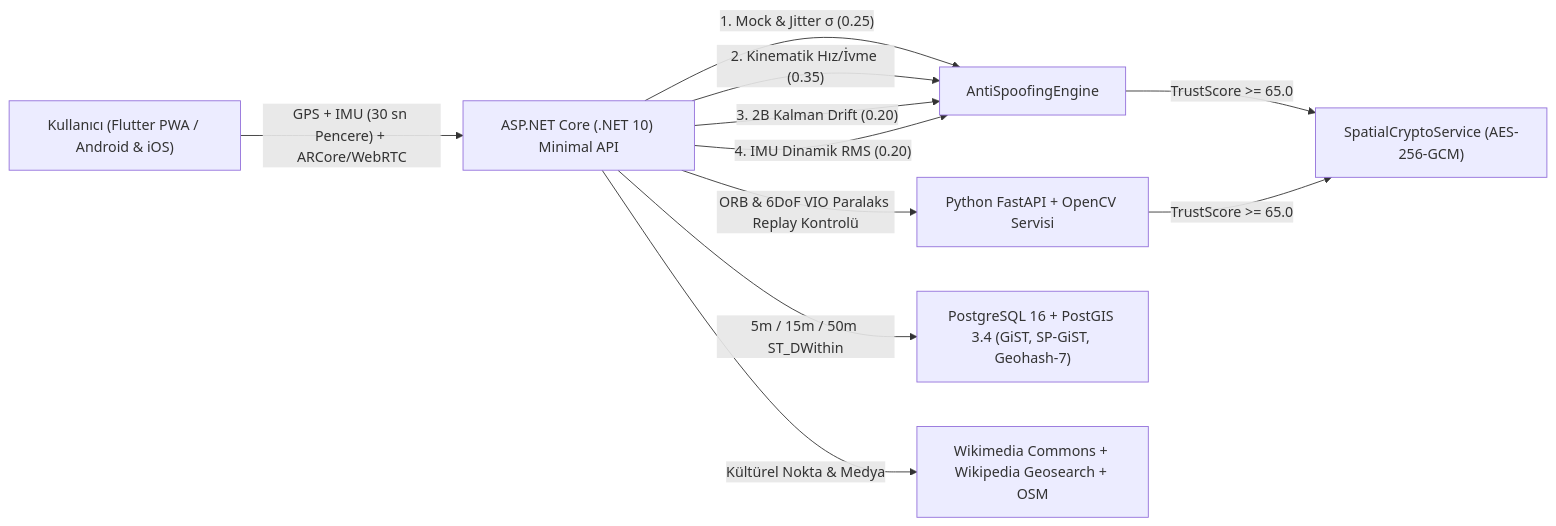
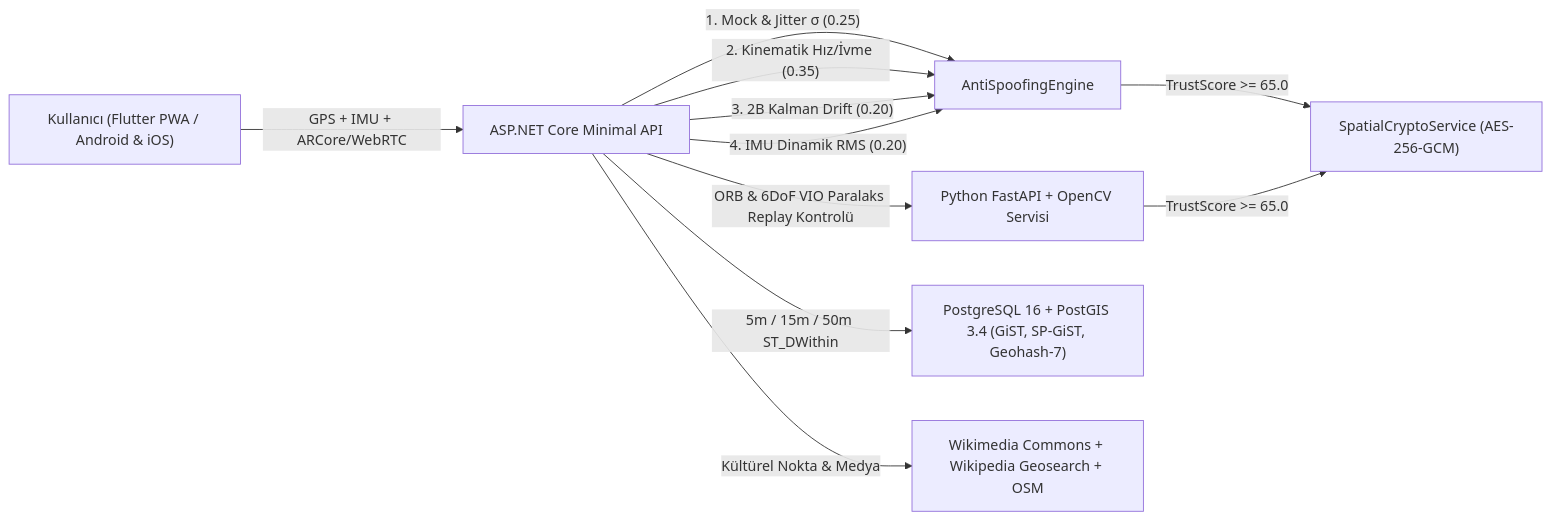
Before and after one commit to yusufcirak07/kapsul-ar: the diagram in README.md, drawn with Mermaid. The commit also changed other lines of this file, not shown here.

````diff
--- a/README.md
+++ b/README.md
@@ -72,12 +72,12 @@
 ```mermaid
 flowchart LR
-    U["Kullanıcı (Flutter PWA / Android & iOS)"] -->|"GPS + IMU (30 sn Pencere) + ARCore/WebRTC"| API["ASP.NET Core (.NET 10) Minimal API"]
+    U["Kullanıcı (Flutter PWA / Android & iOS)"] -->|"GPS + IMU + ARCore/WebRTC"| API["ASP.NET Core Minimal API"]
     API -->|"1. Mock & Jitter σ (0.25)"| AS["AntiSpoofingEngine"]
     API -->|"2. Kinematik Hız/İvme (0.35)"| AS
     API -->|"3. 2B Kalman Drift (0.20)"| AS
     API -->|"4. IMU Dinamik RMS (0.20)"| AS
     API -->|"ORB & 6DoF VIO Paralaks Replay Kontrolü"| CV["Python FastAPI + OpenCV Servisi"]
     AS & CV -->|"TrustScore >= 65.0"| CRYPTO["SpatialCryptoService (AES-256-GCM)"]
     API -->|"5m / 15m / 50m ST_DWithin"| SPATIAL["PostgreSQL 16 + PostGIS 3.4 (GiST, SP-GiST, Geohash-7)"]
     API -->|"Kültürel Nokta & Medya"| EXT["Wikimedia Commons + Wikipedia Geosearch + OSM"]
 ```
````
